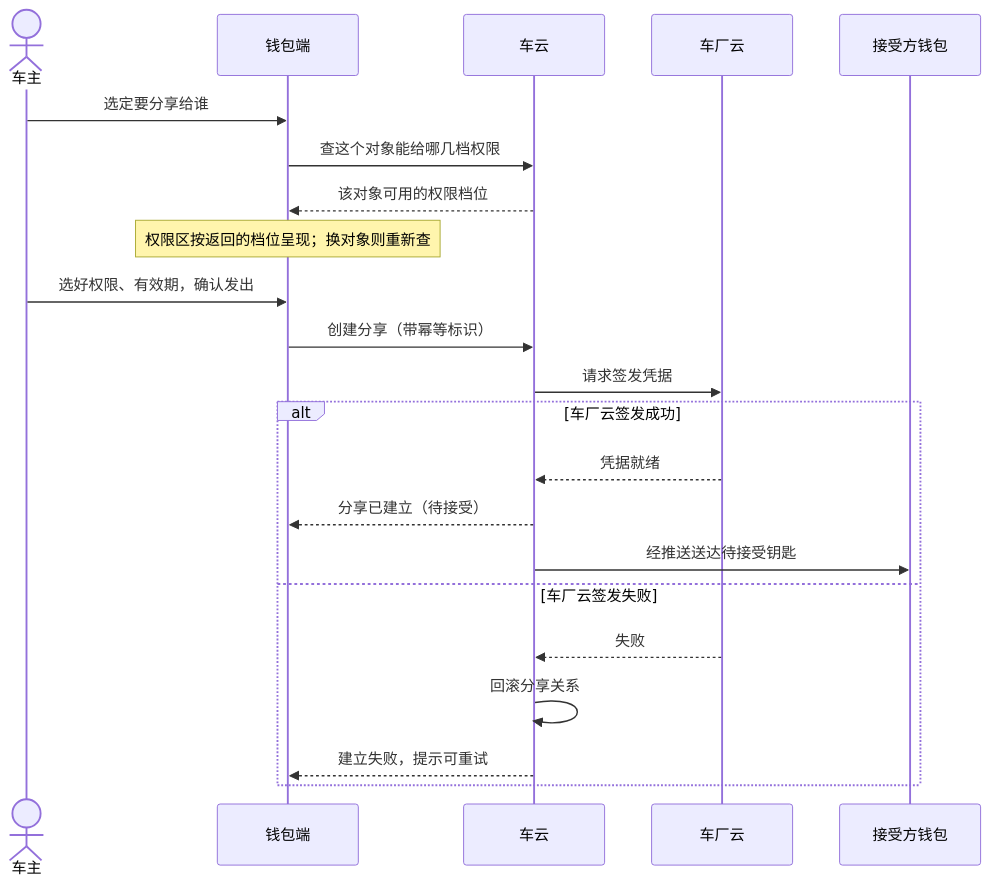
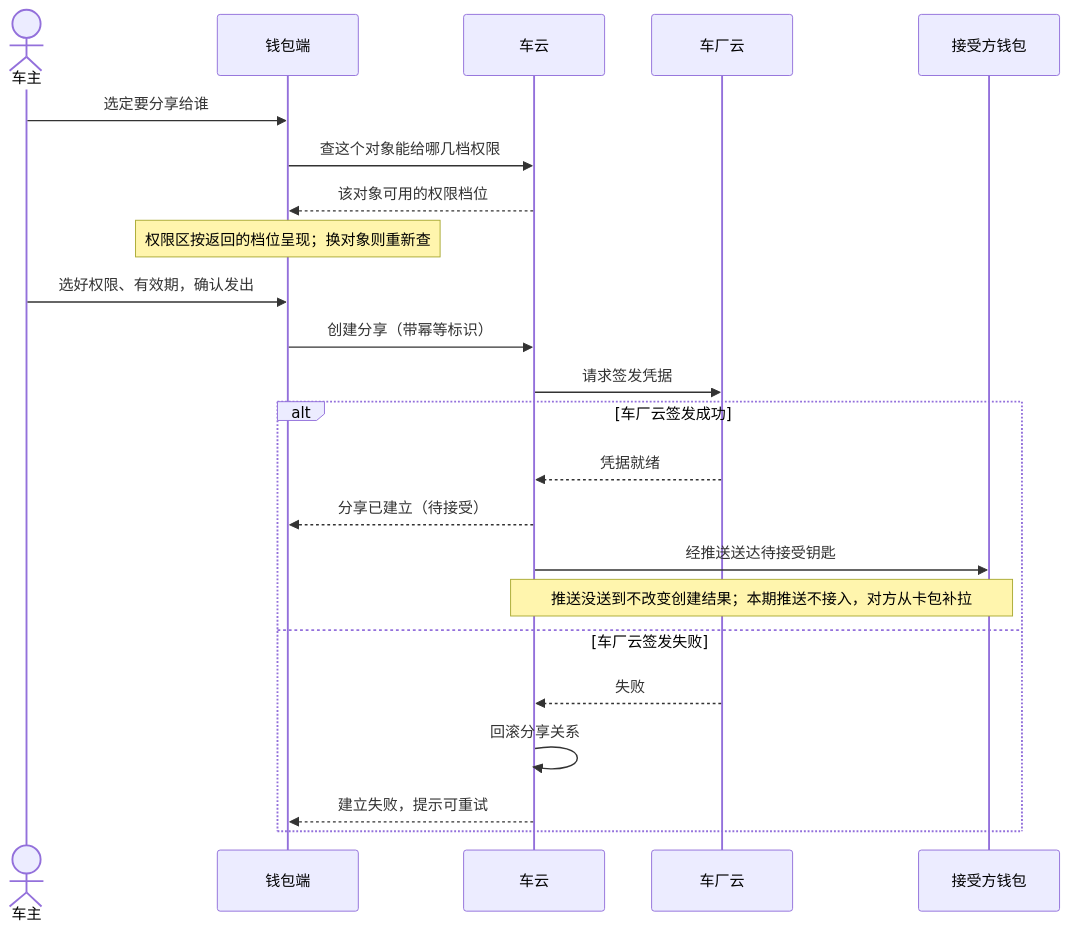
Before and after one commit to sqsqsq/SimulatedWalletForHmos: the first of 7 diagrams in doc/plan/1.9.9/金样候选/car-key-sharing/AR/story.md, drawn with Mermaid. The commit also changed other lines of this file and 20 other files, not shown here.

````diff
--- a/doc/plan/1.9.9/金样候选/car-key-sharing/AR/story.md
+++ b/doc/plan/1.9.9/金样候选/car-key-sharing/AR/story.md
@@ -131,25 +143,26 @@
 ```mermaid
 %% 图源 SR §2 #1
 sequenceDiagram
     actor O as 车主
     participant W as 钱包端
     participant C as 车云
     participant M as 车厂云
     participant G as 接受方钱包
     O->>W: 选定要分享给谁
     W->>C: 查这个对象能给哪几档权限
     C-->>W: 该对象可用的权限档位
     Note over W: 权限区按返回的档位呈现；换对象则重新查
     O->>W: 选好权限、有效期，确认发出
     W->>C: 创建分享（带幂等标识）
     C->>M: 请求签发凭据
     alt 车厂云签发成功
       M-->>C: 凭据就绪
       C-->>W: 分享已建立（待接受）
       C->>G: 经推送送达待接受钥匙
+      Note over C,G: 推送没送到不改变创建结果；本期推送不接入，对方从卡包补拉
     else 车厂云签发失败
       M-->>C: 失败
       C->>C: 回滚分享关系
       C-->>W: 建立失败，提示可重试
     end
 ```
````
